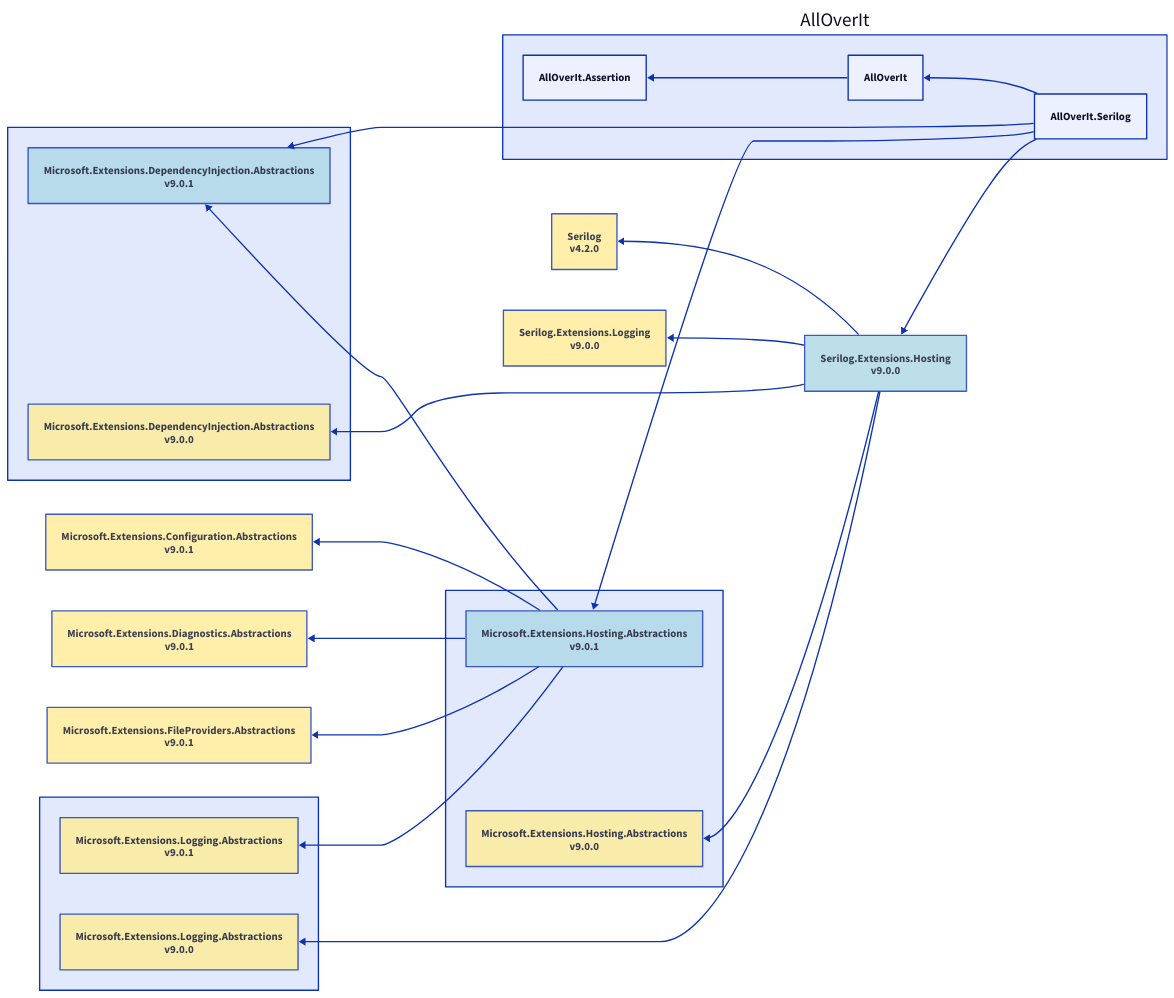
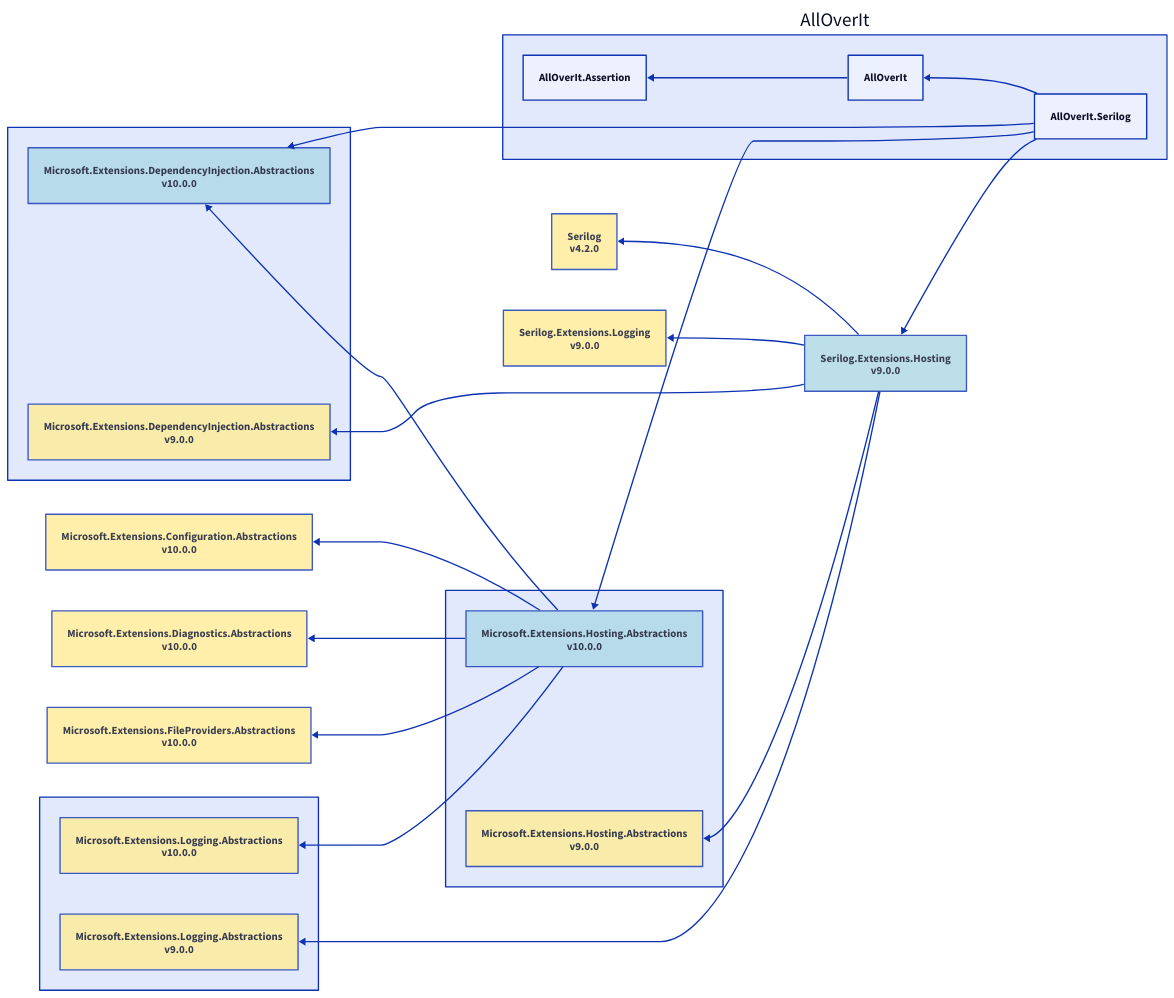
One commit to mjfreelancing/AllOverIt changed the diagram in Docs/Reference/Content/images/dependencies/net9.0/alloverit-serilog.d2. Above: the diagram before and after it, drawn with D2. The commit also changed 163 other files, not shown here.

```diff
--- a/Docs/Reference/Content/images/dependencies/net9.0/alloverit-serilog.d2
+++ b/Docs/Reference/Content/images/dependencies/net9.0/alloverit-serilog.d2
@@ -1,60 +1,60 @@
 direction: left
 
 aoi: AllOverIt
 aoi.alloverit-serilog: AllOverIt.Serilog
 microsoft-extensions-dependencyinjection-abstractions-group: ""
-microsoft-extensions-dependencyinjection-abstractions-group.microsoft-extensions-dependencyinjection-abstractions_9-0-1: Microsoft.Extensions.DependencyInjection.Abstractions\nv9.0.1
-microsoft-extensions-dependencyinjection-abstractions-group.microsoft-extensions-dependencyinjection-abstractions_9-0-1.style.fill: "#ADD8E6"
-microsoft-extensions-dependencyinjection-abstractions-group.microsoft-extensions-dependencyinjection-abstractions_9-0-1.style.opacity: 0.8
-microsoft-extensions-dependencyinjection-abstractions-group.microsoft-extensions-dependencyinjection-abstractions_9-0-1 <- aoi.alloverit-serilog
+microsoft-extensions-dependencyinjection-abstractions-group.microsoft-extensions-dependencyinjection-abstractions_10-0-0: Microsoft.Extensions.DependencyInjection.Abstractions\nv10.0.0
+microsoft-extensions-dependencyinjection-abstractions-group.microsoft-extensions-dependencyinjection-abstractions_10-0-0.style.fill: "#ADD8E6"
+microsoft-extensions-dependencyinjection-abstractions-group.microsoft-extensions-dependencyinjection-abstractions_10-0-0.style.opacity: 0.8
+microsoft-extensions-dependencyinjection-abstractions-group.microsoft-extensions-dependencyinjection-abstractions_10-0-0 <- aoi.alloverit-serilog
 microsoft-extensions-hosting-abstractions-group: ""
-microsoft-extensions-hosting-abstractions-group.microsoft-extensions-hosting-abstractions_9-0-1: Microsoft.Extensions.Hosting.Abstractions\nv9.0.1
-microsoft-extensions-hosting-abstractions-group.microsoft-extensions-hosting-abstractions_9-0-1.style.fill: "#ADD8E6"
-microsoft-extensions-hosting-abstractions-group.microsoft-extensions-hosting-abstractions_9-0-1.style.opacity: 0.8
-microsoft-extensions-configuration-abstractions_9-0-1: Microsoft.Extensions.Configuration.Abstractions\nv9.0.1
-microsoft-extensions-configuration-abstractions_9-0-1.style.fill: "#FFEC96"
-microsoft-extensions-configuration-abstractions_9-0-1.style.opacity: 0.8
-microsoft-extensions-configuration-abstractions_9-0-1 <- microsoft-extensions-hosting-abstractions-group.microsoft-extensions-hosting-abstractions_9-0-1
-microsoft-extensions-dependencyinjection-abstractions-group.microsoft-extensions-dependencyinjection-abstractions_9-0-1 <- microsoft-extensions-hosting-abstractions-group.microsoft-extensions-hosting-abstractions_9-0-1
-microsoft-extensions-diagnostics-abstractions_9-0-1: Microsoft.Extensions.Diagnostics.Abstractions\nv9.0.1
-microsoft-extensions-diagnostics-abstractions_9-0-1.style.fill: "#FFEC96"
-microsoft-extensions-diagnostics-abstractions_9-0-1.style.opacity: 0.8
-microsoft-extensions-diagnostics-abstractions_9-0-1 <- microsoft-extensions-hosting-abstractions-group.microsoft-extensions-hosting-abstractions_9-0-1
-microsoft-extensions-fileproviders-abstractions_9-0-1: Microsoft.Extensions.FileProviders.Abstractions\nv9.0.1
-microsoft-extensions-fileproviders-abstractions_9-0-1.style.fill: "#FFEC96"
-microsoft-extensions-fileproviders-abstractions_9-0-1.style.opacity: 0.8
-microsoft-extensions-fileproviders-abstractions_9-0-1 <- microsoft-extensions-hosting-abstractions-group.microsoft-extensions-hosting-abstractions_9-0-1
+microsoft-extensions-hosting-abstractions-group.microsoft-extensions-hosting-abstractions_10-0-0: Microsoft.Extensions.Hosting.Abstractions\nv10.0.0
+microsoft-extensions-hosting-abstractions-group.microsoft-extensions-hosting-abstractions_10-0-0.style.fill: "#ADD8E6"
+microsoft-extensions-hosting-abstractions-group.microsoft-extensions-hosting-abstractions_10-0-0.style.opacity: 0.8
+microsoft-extensions-configuration-abstractions_10-0-0: Microsoft.Extensions.Configuration.Abstractions\nv10.0.0
+microsoft-extensions-configuration-abstractions_10-0-0.style.fill: "#FFEC96"
+microsoft-extensions-configuration-abstractions_10-0-0.style.opacity: 0.8
+microsoft-extensions-configuration-abstractions_10-0-0 <- microsoft-extensions-hosting-abstractions-group.microsoft-extensions-hosting-abstractions_10-0-0
+microsoft-extensions-dependencyinjection-abstractions-group.microsoft-extensions-dependencyinjection-abstractions_10-0-0 <- microsoft-extensions-hosting-abstractions-group.microsoft-extensions-hosting-abstractions_10-0-0
+microsoft-extensions-diagnostics-abstractions_10-0-0: Microsoft.Extensions.Diagnostics.Abstractions\nv10.0.0
+microsoft-extensions-diagnostics-abstractions_10-0-0.style.fill: "#FFEC96"
+microsoft-extensions-diagnostics-abstractions_10-0-0.style.opacity: 0.8
+microsoft-extensions-diagnostics-abstractions_10-0-0 <- microsoft-extensions-hosting-abstractions-group.microsoft-extensions-hosting-abstractions_10-0-0
+microsoft-extensions-fileproviders-abstractions_10-0-0: Microsoft.Extensions.FileProviders.Abstractions\nv10.0.0
+microsoft-extensions-fileproviders-abstractions_10-0-0.style.fill: "#FFEC96"
+microsoft-extensions-fileproviders-abstractions_10-0-0.style.opacity: 0.8
+microsoft-extensions-fileproviders-abstractions_10-0-0 <- microsoft-extensions-hosting-abstractions-group.microsoft-extensions-hosting-abstractions_10-0-0
 microsoft-extensions-logging-abstractions-group: ""
-microsoft-extensions-logging-abstractions-group.microsoft-extensions-logging-abstractions_9-0-1: Microsoft.Extensions.Logging.Abstractions\nv9.0.1
-microsoft-extensions-logging-abstractions-group.microsoft-extensions-logging-abstractions_9-0-1.style.fill: "#FFEC96"
-microsoft-extensions-logging-abstractions-group.microsoft-extensions-logging-abstractions_9-0-1.style.opacity: 0.8
-microsoft-extensions-logging-abstractions-group.microsoft-extensions-logging-abstractions_9-0-1 <- microsoft-extensions-hosting-abstractions-group.microsoft-extensions-hosting-abstractions_9-0-1
-microsoft-extensions-hosting-abstractions-group.microsoft-extensions-hosting-abstractions_9-0-1 <- aoi.alloverit-serilog
+microsoft-extensions-logging-abstractions-group.microsoft-extensions-logging-abstractions_10-0-0: Microsoft.Extensions.Logging.Abstractions\nv10.0.0
+microsoft-extensions-logging-abstractions-group.microsoft-extensions-logging-abstractions_10-0-0.style.fill: "#FFEC96"
+microsoft-extensions-logging-abstractions-group.microsoft-extensions-logging-abstractions_10-0-0.style.opacity: 0.8
+microsoft-extensions-logging-abstractions-group.microsoft-extensions-logging-abstractions_10-0-0 <- microsoft-extensions-hosting-abstractions-group.microsoft-extensions-hosting-abstractions_10-0-0
+microsoft-extensions-hosting-abstractions-group.microsoft-extensions-hosting-abstractions_10-0-0 <- aoi.alloverit-serilog
 serilog-extensions-hosting_9-0-0: Serilog.Extensions.Hosting\nv9.0.0
 serilog-extensions-hosting_9-0-0.style.fill: "#ADD8E6"
 serilog-extensions-hosting_9-0-0.style.opacity: 0.8
 microsoft-extensions-dependencyinjection-abstractions-group.microsoft-extensions-dependencyinjection-abstractions_9-0-0: Microsoft.Extensions.DependencyInjection.Abstractions\nv9.0.0
 microsoft-extensions-dependencyinjection-abstractions-group.microsoft-extensions-dependencyinjection-abstractions_9-0-0.style.fill: "#FFEC96"
 microsoft-extensions-dependencyinjection-abstractions-group.microsoft-extensions-dependencyinjection-abstractions_9-0-0.style.opacity: 0.8
 microsoft-extensions-dependencyinjection-abstractions-group.microsoft-extensions-dependencyinjection-abstractions_9-0-0 <- serilog-extensions-hosting_9-0-0
 microsoft-extensions-hosting-abstractions-group.microsoft-extensions-hosting-abstractions_9-0-0: Microsoft.Extensions.Hosting.Abstractions\nv9.0.0
 microsoft-extensions-hosting-abstractions-group.microsoft-extensions-hosting-abstractions_9-0-0.style.fill: "#FFEC96"
 microsoft-extensions-hosting-abstractions-group.microsoft-extensions-hosting-abstractions_9-0-0.style.opacity: 0.8
 microsoft-extensions-hosting-abstractions-group.microsoft-extensions-hosting-abstractions_9-0-0 <- serilog-extensions-hosting_9-0-0
 microsoft-extensions-logging-abstractions-group.microsoft-extensions-logging-abstractions_9-0-0: Microsoft.Extensions.Logging.Abstractions\nv9.0.0
 microsoft-extensions-logging-abstractions-group.microsoft-extensions-logging-abstractions_9-0-0.style.fill: "#FFEC96"
 microsoft-extensions-logging-abstractions-group.microsoft-extensions-logging-abstractions_9-0-0.style.opacity: 0.8
 microsoft-extensions-logging-abstractions-group.microsoft-extensions-logging-abstractions_9-0-0 <- serilog-extensions-hosting_9-0-0
 serilog_4-2-0: Serilog\nv4.2.0
 serilog_4-2-0.style.fill: "#FFEC96"
 serilog_4-2-0.style.opacity: 0.8
 serilog_4-2-0 <- serilog-extensions-hosting_9-0-0
 serilog-extensions-logging_9-0-0: Serilog.Extensions.Logging\nv9.0.0
 serilog-extensions-logging_9-0-0.style.fill: "#FFEC96"
 serilog-extensions-logging_9-0-0.style.opacity: 0.8
 serilog-extensions-logging_9-0-0 <- serilog-extensions-hosting_9-0-0
 serilog-extensions-hosting_9-0-0 <- aoi.alloverit-serilog
 aoi.alloverit: AllOverIt
 aoi.alloverit-assertion: AllOverIt.Assertion
 aoi.alloverit-assertion <- aoi.alloverit
 aoi.alloverit <- aoi.alloverit-serilog
```
